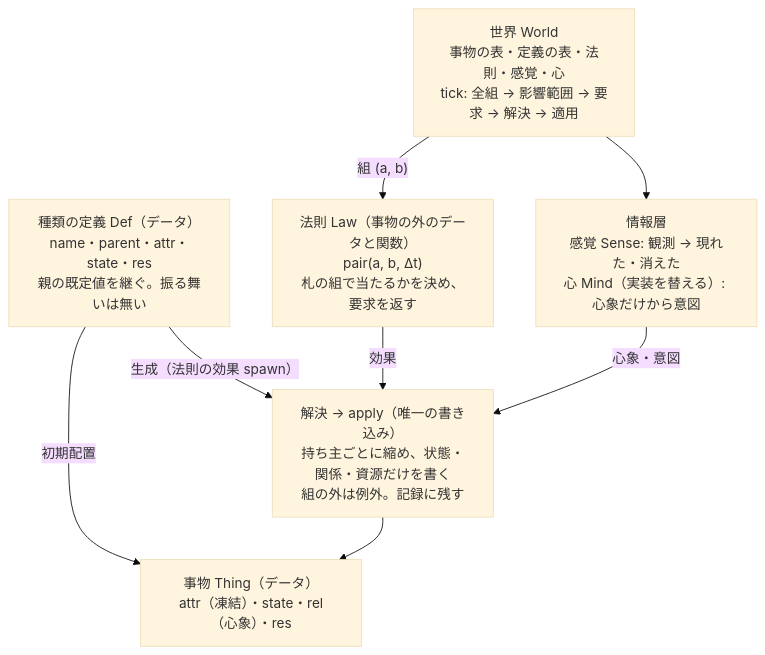
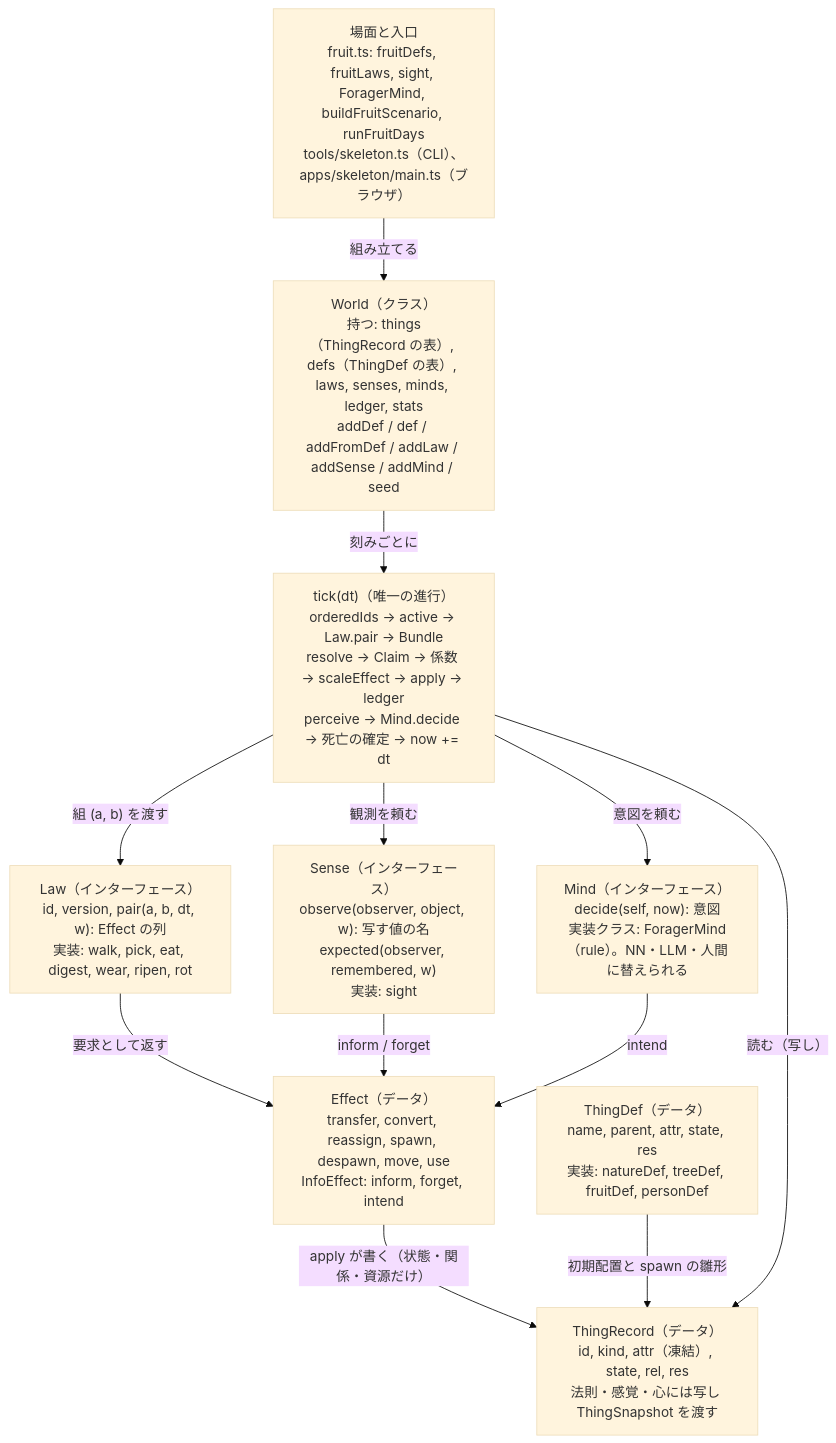
One commit to demerzel09/Medieval-Simulator changed the third of 3 diagrams in docs/DESIGN.md. Above: the diagram before and after it, drawn with Mermaid (base theme). The commit also changed other lines of this file and 2 other files, not shown here.

Commit message:
Annotate figure 1 with the implementing functions, turn figure 4 into the implementation structure, and review reuse of the legacy screens
Figure 1 now names what runs each stage (World.tick, ThingRecord/snapshot,
orderedIds, active, Law.pair → Bundle, resolve → apply → ledger, perceive /
Sense / Mind.decide, now += dt). Figure 4 shows the classes, data and
functions and their relations (scene and entry points → World → tick → Law /
Sense / Mind → Effect → apply → ThingRecord; ThingDef as template).

Feasibility review of feeding the v24/v25 village screen from the skeleton
(not implemented): possible through an adapter, but it would drag the legacy
fixture, fixed actor ids, grid and container naming into the skeleton, so
not pursued. Measured abstraction gaps: places (home/ground/store) are not
things, no receiver capacity, no recording/replay from initial state +
ledger, no decision record in the information layer. Recorded in
NEXT_SESSION; STATUS 第27回.

````diff
--- a/docs/DESIGN.md
+++ b/docs/DESIGN.md
@@ -154,16 +154,23 @@
 ```mermaid
 flowchart TD
-  D["種類の定義 Def（データ）<br/>name・parent・attr・state・res<br/>親の既定値を継ぐ。振る舞いは無い"]
-  W["世界 World<br/>事物の表・定義の表・法則・感覚・心<br/>tick: 全組 → 影響範囲 → 要求 → 解決 → 適用"]
-  L["法則 Law（事物の外のデータと関数）<br/>pair(a, b, Δt)<br/>札の組で当たるかを決め、要求を返す"]
-  I["情報層<br/>感覚 Sense: 観測 → 現れた・消えた<br/>心 Mind（実装を替える）: 心象だけから意図"]
-  A["解決 → apply（唯一の書き込み）<br/>持ち主ごとに縮め、状態・関係・資源だけを書く<br/>組の外は例外。記録に残す"]
-  T["事物 Thing（データ）<br/>attr（凍結）・state・rel（心象）・res"]
-  D -->|"初期配置"| T
-  D -->|"生成（法則の効果 spawn）"| A
-  W -->|"組 (a, b)"| L
-  W --> I
-  L -->|"効果"| A
-  I -->|"心象・意図"| A
-  A --> T
+  SC["場面と入口<br/>fruit.ts: fruitDefs, fruitLaws, sight, ForagerMind, buildFruitScenario, runFruitDays<br/>tools/skeleton.ts（CLI）、apps/skeleton/main.ts（ブラウザ）"]
+  WD["World（クラス）<br/>持つ: things（ThingRecord の表）, defs（ThingDef の表）, laws, senses, minds, ledger, stats<br/>addDef / def / addFromDef / addLaw / addSense / addMind / seed"]
+  TK["tick(dt)（唯一の進行）<br/>orderedIds → active → Law.pair → Bundle<br/>resolve → Claim → 係数 → scaleEffect → apply → ledger<br/>perceive → Mind.decide → 死亡の確定 → now += dt"]
+  LW["Law（インターフェース）<br/>id, version, pair(a, b, dt, w): Effect の列<br/>実装: walk, pick, eat, digest, wear, ripen, rot"]
+  SN["Sense（インターフェース）<br/>observe(observer, object, w): 写す値の名<br/>expected(observer, remembered, w)<br/>実装: sight"]
+  MD["Mind（インターフェース）<br/>decide(self, now): 意図<br/>実装クラス: ForagerMind（rule）。NN・LLM・人間に替えられる"]
+  EF["Effect（データ）<br/>transfer, convert, reassign, spawn, despawn, move, use<br/>InfoEffect: inform, forget, intend"]
+  DF["ThingDef（データ）<br/>name, parent, attr, state, res<br/>実装: natureDef, treeDef, fruitDef, personDef"]
+  TR["ThingRecord（データ）<br/>id, kind, attr（凍結）, state, rel, res<br/>法則・感覚・心には写し ThingSnapshot を渡す"]
+  SC -->|"組み立てる"| WD
+  WD -->|"刻みごとに"| TK
+  TK -->|"組 (a, b) を渡す"| LW
+  TK -->|"観測を頼む"| SN
+  TK -->|"意図を頼む"| MD
+  LW -->|"要求として返す"| EF
+  SN -->|"inform / forget"| EF
+  MD -->|"intend"| EF
+  EF -->|"apply が書く（状態・関係・資源だけ）"| TR
+  DF -->|"初期配置と spawn の雛形"| TR
+  TK -->|"読む（写し）"| TR
 ```
````
